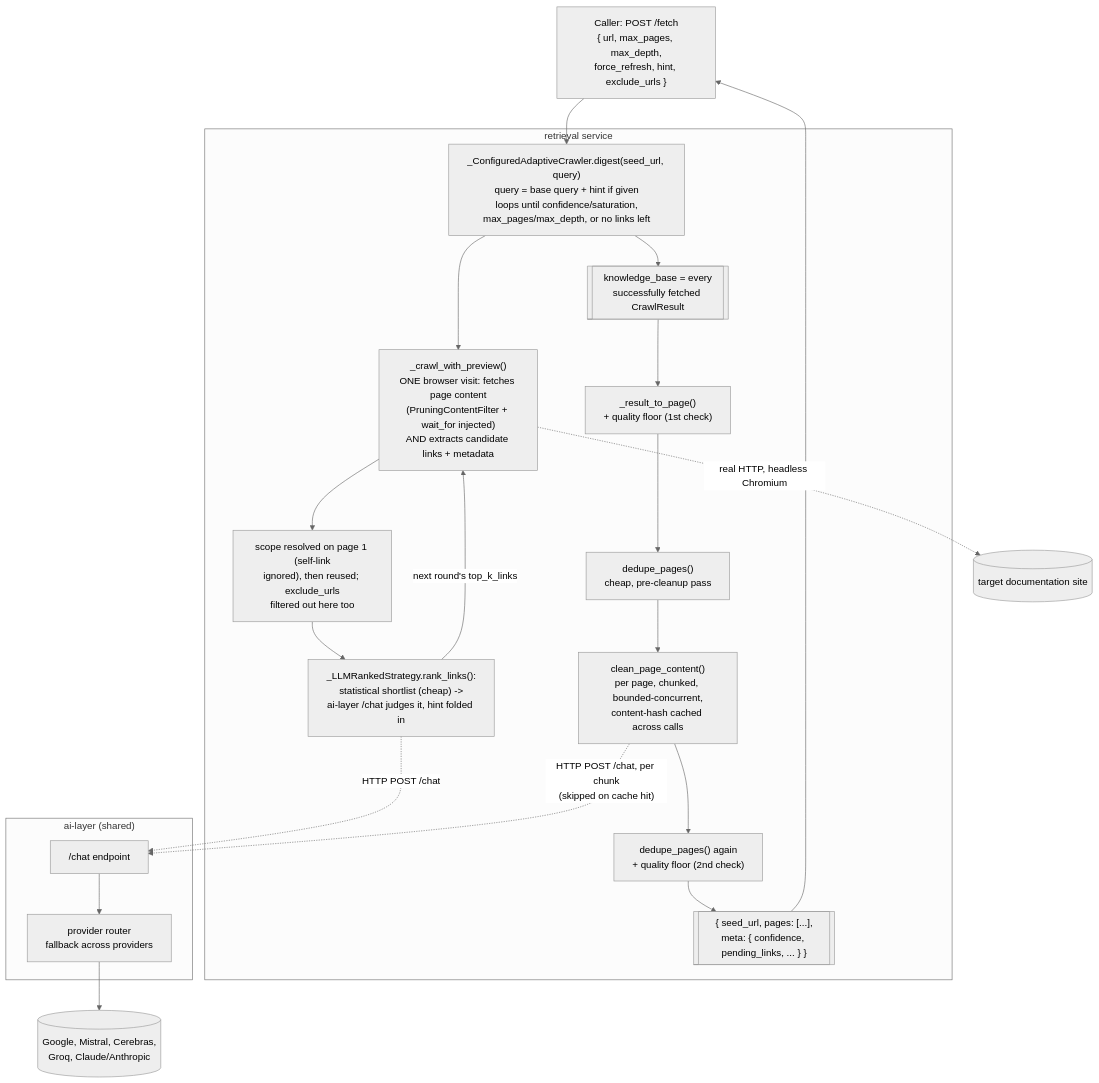
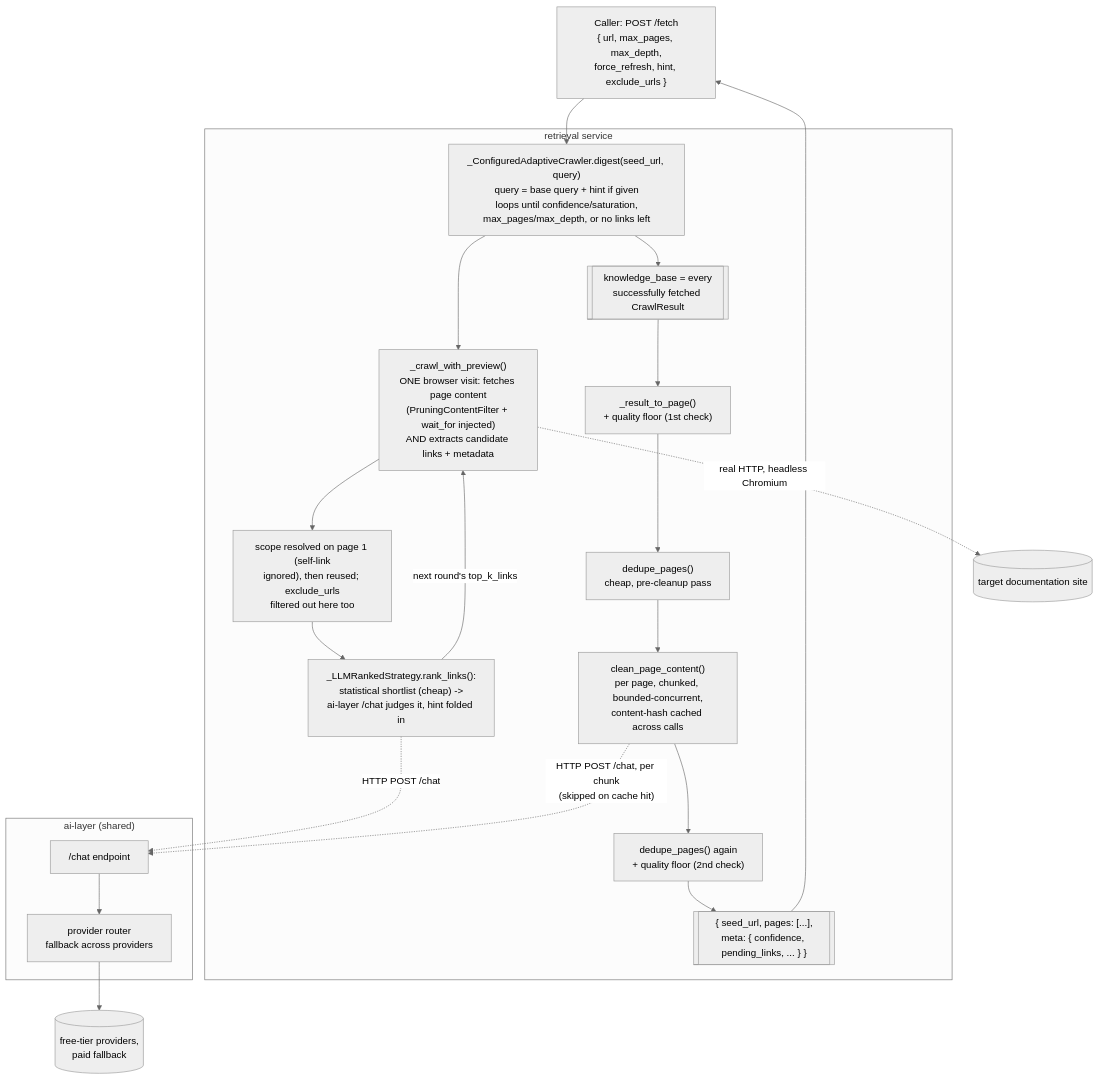
The diagram in ai/retrieval/README.md (modeldrivendevopsai/mddoai), drawn with Mermaid (neutral theme) before and after one commit. The commit also changed other lines of this file and 2 other files, not shown here.

````diff
--- a/ai/retrieval/README.md
+++ b/ai/retrieval/README.md
@@ -111,30 +110,30 @@
 ```mermaid
 flowchart TD
     Client["Caller: POST /fetch<br/>{ url, max_pages, max_depth,<br/>force_refresh, hint, exclude_urls }"] --> Digest
 
     subgraph Retrieval ["retrieval service"]
         Digest["_ConfiguredAdaptiveCrawler.digest(seed_url, query)<br/>query = base query + hint if given<br/>loops until confidence/saturation,<br/>max_pages/max_depth, or no links left"]
         Digest --> Fetch["_crawl_with_preview()<br/>ONE browser visit: fetches page content<br/>(PruningContentFilter + wait_for injected)<br/>AND extracts candidate links + metadata"]
         Fetch --> ScopeFilter["scope resolved on page 1 (self-link<br/>ignored), then reused; exclude_urls<br/>filtered out here too"]
         ScopeFilter --> Rank["_LLMRankedStrategy.rank_links():<br/>statistical shortlist (cheap) -&gt;<br/>ai-layer /chat judges it, hint folded in"]
         Rank -->|"next round's top_k_links"| Fetch
         Digest --> KB[["knowledge_base = every<br/>successfully fetched CrawlResult"]]
         KB --> ToPage["_result_to_page()<br/>+ quality floor (1st check)"]
         ToPage --> Dedupe1["dedupe_pages()<br/>cheap, pre-cleanup pass"]
         Dedupe1 --> Clean["clean_page_content()<br/>per page, chunked, bounded-concurrent,<br/>content-hash cached across calls"]
         Clean --> Dedupe2["dedupe_pages() again<br/>+ quality floor (2nd check)"]
         Dedupe2 --> Response[["{ seed_url, pages: [...],<br/>meta: { confidence, pending_links, ... } }"]]
     end
 
     Response --> Client
 
     Fetch -. "real HTTP, headless Chromium" .-> Site[("target documentation site")]
     Rank -. "HTTP POST /chat" .-> Chat
     Clean -. "HTTP POST /chat, per chunk<br/>(skipped on cache hit)" .-> Chat
 
     subgraph AILayer ["ai-layer (shared)"]
         Chat["/chat endpoint"] --> ProviderRouter["provider router<br/>fallback across providers"]
     end
 
-    ProviderRouter --> Providers[("Google, Mistral, Cerebras,<br/>Groq, Claude/Anthropic")]
+    ProviderRouter --> Providers[("free-tier providers,<br/>paid fallback")]
 ```
````
